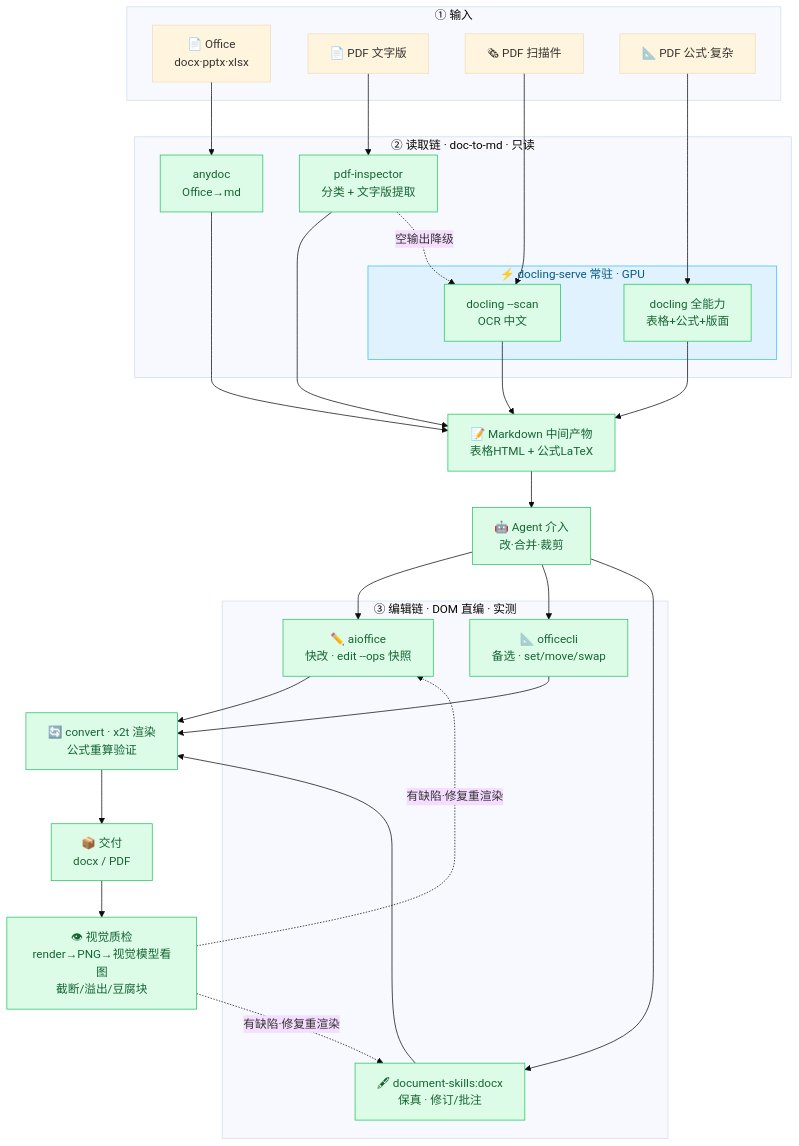
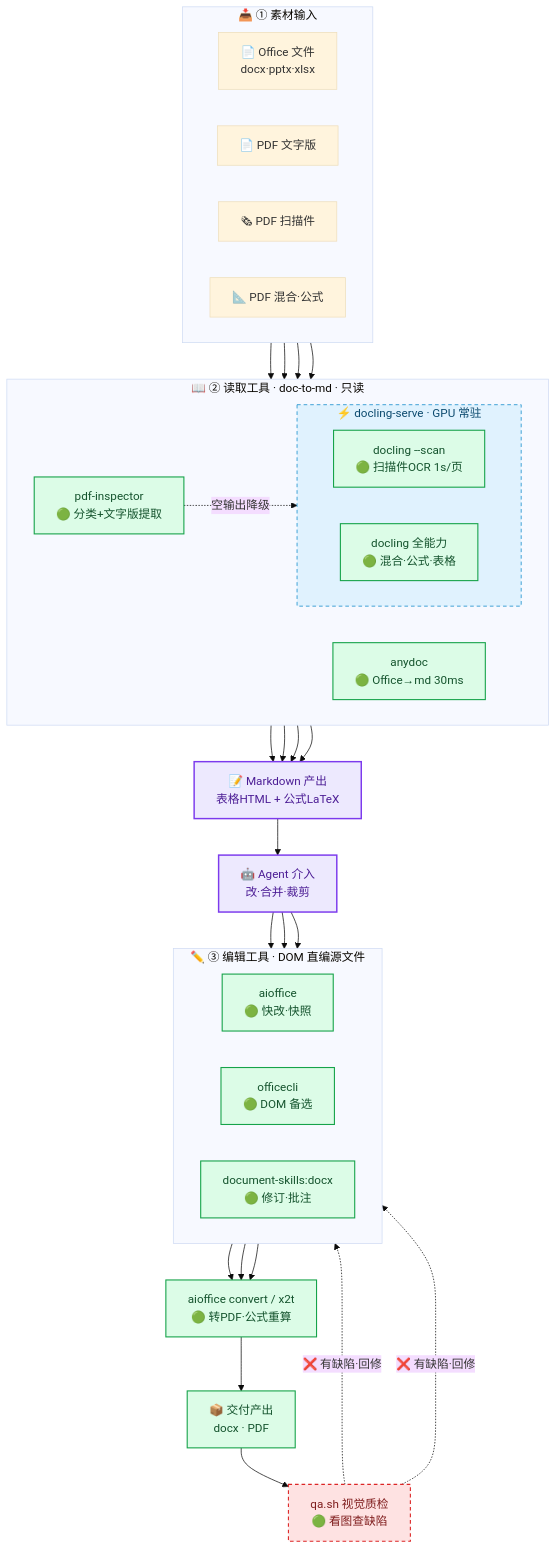
One commit to TunaTung/office-workflow changed the diagram in README.md. Above: the diagram before and after it, drawn with Mermaid (base theme). The commit also changed other lines of this file, not shown here.

Commit message:
架构图重构: 突出素材/工具/产出, 弱化抽象阶段词
- 素材输入: PDF文字/扫描/混合·公式 + Office 文件
- 读取工具: anydoc(30ms)/pdf-inspector/docling(scan 1s·页/全能力)
- 编辑工具: aioffice/officecli/document-skills:docx
- 交付: aioffice convert/x2t → docx·PDF → qa.sh 质检
- 保留四色配色+回环闭环; 节点补 🟢 实测性能数据

````diff
--- a/README.md
+++ b/README.md
@@ -29,62 +29,72 @@
 ```mermaid
 flowchart TD
-    %% ① 输入
-    subgraph L1[① 输入]
-        IN1[📄 Office<br/>docx·pptx·xlsx]
+    %% ═══ ① 素材输入 ═══
+    subgraph L1[📥 ① 素材输入]
+        direction LR
+        IN1[📄 Office 文件<br/>docx·pptx·xlsx]
         IN2[📄 PDF 文字版]
         IN3[🗞 PDF 扫描件]
-        IN4[📐 PDF 公式·复杂]
+        IN4[📐 PDF 混合·公式]
     end
 
-    %% ② 读取链（只读，不改源）
-    subgraph L2[② 读取链 · doc-to-md · 只读]
-        A1[anydoc<br/>Office→md]
-        A2[pdf-inspector<br/>分类 + 文字版提取]
-        subgraph SERVE[⚡ docling-serve 常驻 · GPU]
-            A3[docling --scan<br/>OCR 中文]
-            A4[docling 全能力<br/>表格+公式+版面]
+    %% ═══ ② 读取工具 ═══
+    subgraph L2[📖 ② 读取工具 · doc-to-md · 只读]
+        direction LR
+        A1[anydoc<br/>🟢 Office→md 30ms]
+        A2[pdf-inspector<br/>🟢 分类+文字版提取]
+        subgraph SERVE[⚡ docling-serve · GPU 常驻]
+            direction LR
+            A3[docling --scan<br/>🟢 扫描件OCR 1s/页]
+            A4[docling 全能力<br/>🟢 混合·公式·表格]
         end
     end
 
-    %% 中间产物 + Agent 介入
-    MD[📝 Markdown 中间产物<br/>表格HTML + 公式LaTeX]
+    %% ═══ 中间产物 ═══
+    MD[📝 Markdown 产出<br/>表格HTML + 公式LaTeX]
     AGT[🤖 Agent 介入<br/>改·合并·裁剪]
 
-    %% ③ 编辑链（DOM 直编源文件，实测成型）
-    subgraph L3[③ 编辑链 · DOM 直编 · 实测]
-        B1[✏️ aioffice<br/>快改 · edit --ops 快照]
-        B2[📐 officecli<br/>备选 · set/move/swap]
-        B3[🖋 document-skills:docx<br/>保真 · 修订/批注]
+    %% ═══ ③ 编辑工具 ═══
+    subgraph L3[✏️ ③ 编辑工具 · DOM 直编源文件]
+        direction LR
+        B1[aioffice<br/>🟢 快改·快照]
+        B2[officecli<br/>🟢 DOM 备选]
+        B3[document-skills:docx<br/>🟢 修订·批注]
     end
 
-    %% 转换交付 + 视觉质检（闭环）
-    CVT[🔄 convert · x2t 渲染<br/>公式重算验证]
-    OUT[📦 交付<br/>docx / PDF]
-    QA[👁 视觉质检<br/>render→PNG→视觉模型看图<br/>截断/溢出/豆腐块]
+    %% ═══ ④ 交付工具 + 产出 ═══
+    CVT[aioffice convert / x2t<br/>🟢 转PDF·公式重算]
+    OUT[📦 交付产出<br/>docx · PDF]
+    QA[qa.sh 视觉质检<br/>🟢 看图查缺陷]
 
-    %% 连线
+    %% ═══ 连线（主链贯通） ═══
     IN1 --> A1
     IN2 --> A2
     IN3 --> A3
     IN4 --> A4
     A1 --> MD
     A2 --> MD
     A2 -.空输出降级.-> A3
     A3 --> MD
     A4 --> MD
     MD --> AGT
     AGT --> B1 & B2 & B3
     B1 --> CVT
     B2 --> CVT
     B3 --> CVT
     CVT --> OUT
     OUT --> QA
-    QA -.有缺陷·修复重渲染.-> B1
-    QA -.有缺陷·修复重渲染.-> B3
 
-    %% 状态：🟢实测 / 🔵GPU底座
-    classDef ok fill:#dcfce7,stroke:#22c55e,color:#166534
-    classDef base fill:#e0f2fe,stroke:#38bdf8,color:#075985
-    class A1,A2,A3,A4,MD,AGT,B1,B2,B3,CVT,OUT,QA ok
+    %% ═══ 质检回环（闭环关键） ═══
+    QA -.❌ 有缺陷·回修.-> B1
+    QA -.❌ 有缺陷·回修.-> B3
+
+    %% ═══ 配色（语义：主链绿 / 底座蓝 / 回环红 / 核心紫） ═══
+    classDef main fill:#dcfce7,stroke:#16a34a,stroke-width:1.5,color:#14532d
+    classDef core fill:#ede9fe,stroke:#7c3aed,stroke-width:2,color:#4c1d95
+    classDef base fill:#e0f2fe,stroke:#0284c7,stroke-dasharray:5 4,color:#0c4a6e
+    classDef loop fill:#fee2e2,stroke:#dc2626,stroke-dasharray:5 4,color:#7f1d1d
+    class A1,A2,A3,A4,B1,B2,B3,CVT,OUT,QA main
+    class MD,AGT core
     class SERVE base
+    class QA loop
 ```
````
